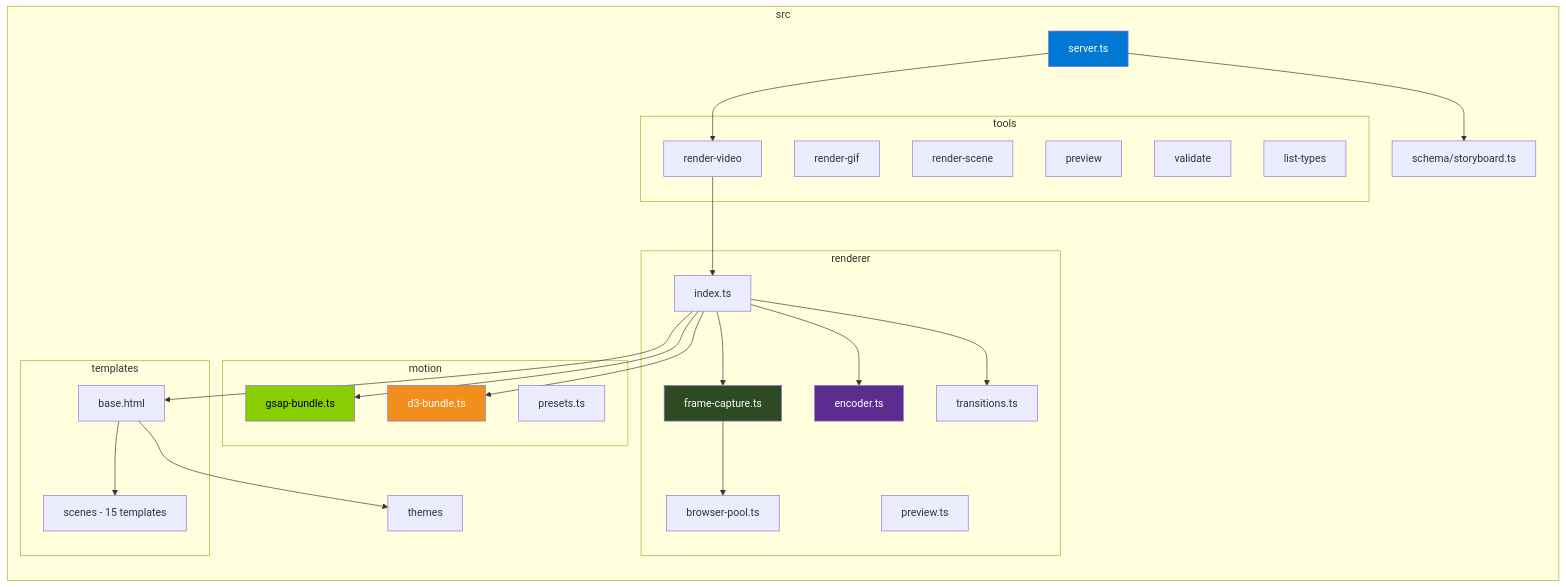
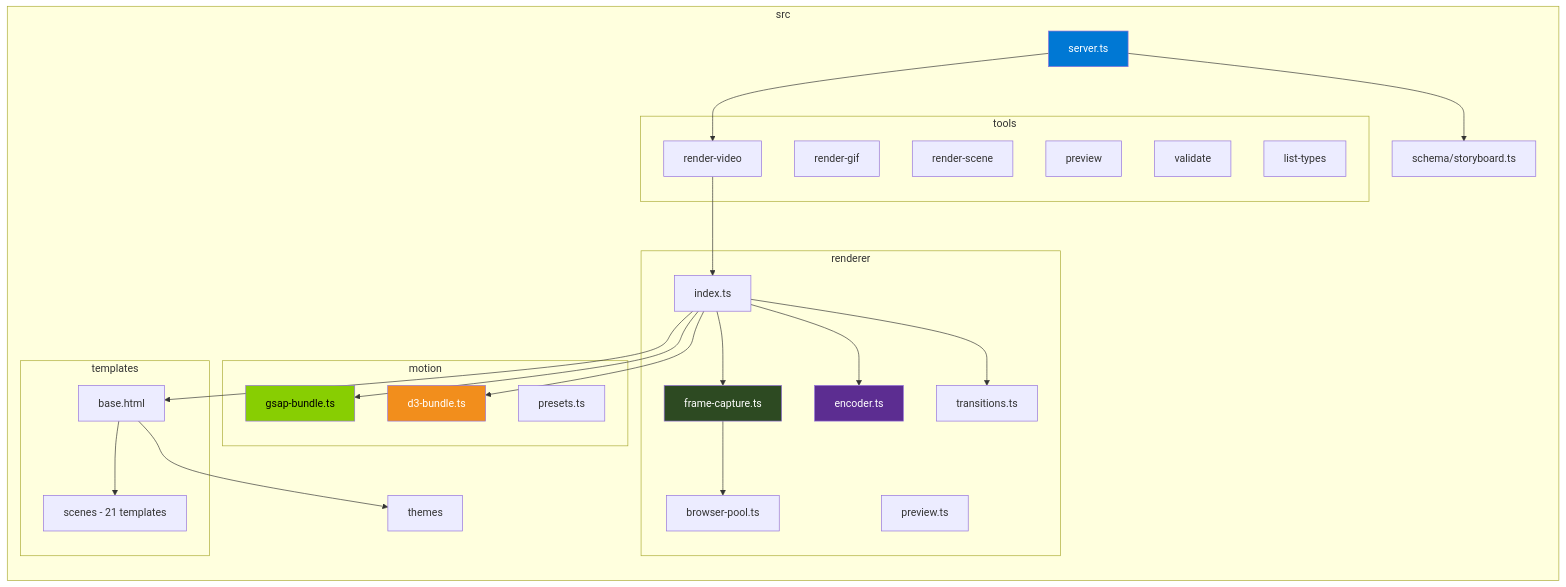
Before and after one commit to JinLee794/Showrunner: the third of 3 diagrams in README.md, drawn with Mermaid. The commit also changed other lines of this file and 30 other files, not shown here.

````diff
--- a/README.md
+++ b/README.md
@@ -319,57 +329,57 @@
 ```mermaid
 graph LR
     subgraph src
         SRV["server.ts"]
 
         subgraph tools
             T1[render-video]
             T2[render-gif]
             T3[render-scene]
             T4[preview]
             T5[validate]
             T6[list-types]
         end
 
         subgraph renderer
             RI["index.ts"]
             FC["frame-capture.ts"]
             EN["encoder.ts"]
             TR["transitions.ts"]
             BP["browser-pool.ts"]
             PV["preview.ts"]
         end
 
         subgraph motion
             GB["gsap-bundle.ts"]
             DB["d3-bundle.ts"]
             PR["presets.ts"]
         end
 
         subgraph templates
             BH["base.html"]
-            SC["scenes - 15 templates"]
+            SC["scenes - 21 templates"]
         end
 
         TH["themes"]
         ZS["schema/storyboard.ts"]
     end
 
     SRV --> T1
     T1 --> RI
     RI --> FC
     RI --> EN
     RI --> TR
     FC --> BP
     RI --> GB
     RI --> DB
     RI --> BH
     BH --> SC
     BH --> TH
     SRV --> ZS
 
     style SRV fill:#0078D4,color:#fff
     style DB fill:#f28e1c,color:#fff
     style GB fill:#88ce02,color:#000
     style FC fill:#2d4a22,color:#fff
     style EN fill:#5c2d91,color:#fff
 ```
````
